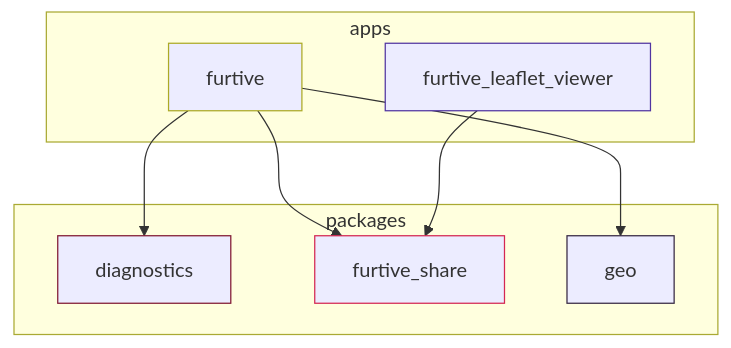
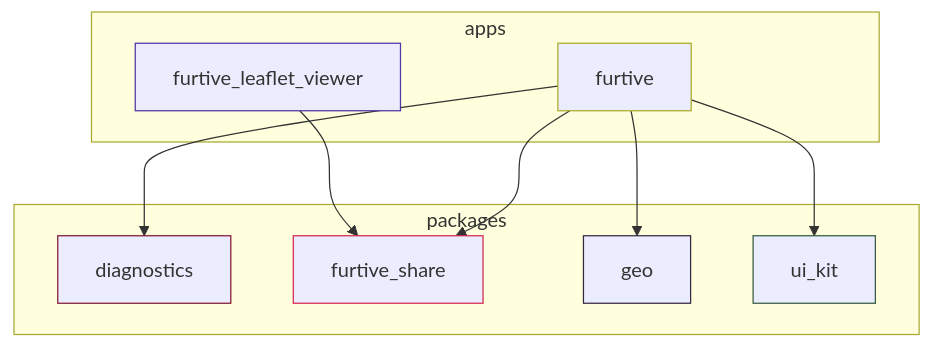
The diagram in docs/module-graph.md (ethicnology-agent/furtive), drawn with Mermaid before and after one commit. The commit also changed 43 other files, not shown here.

````diff
--- a/docs/module-graph.md
+++ b/docs/module-graph.md
@@ -5,26 +5,30 @@
 ```mermaid
 graph TD
   diagnostics["diagnostics"]
   style diagnostics stroke:#811832
   furtive["furtive"]
   style furtive stroke:#acaa26
   furtive_leaflet_viewer["furtive_leaflet_viewer"]
   style furtive_leaflet_viewer stroke:#5135a1
   furtive_share["furtive_share"]
   style furtive_share stroke:#d42752
   geo["geo"]
   style geo stroke:#362842
+  ui_kit["ui_kit"]
+  style ui_kit stroke:#375a43
   furtive --> diagnostics
   furtive --> furtive_share
   furtive --> geo
+  furtive --> ui_kit
   furtive_leaflet_viewer --> furtive_share
   subgraph packages0 ["packages"]
     diagnostics
     furtive_share
     geo
+    ui_kit
   end
   subgraph apps1 ["apps"]
     furtive
     furtive_leaflet_viewer
   end
 ```
````
